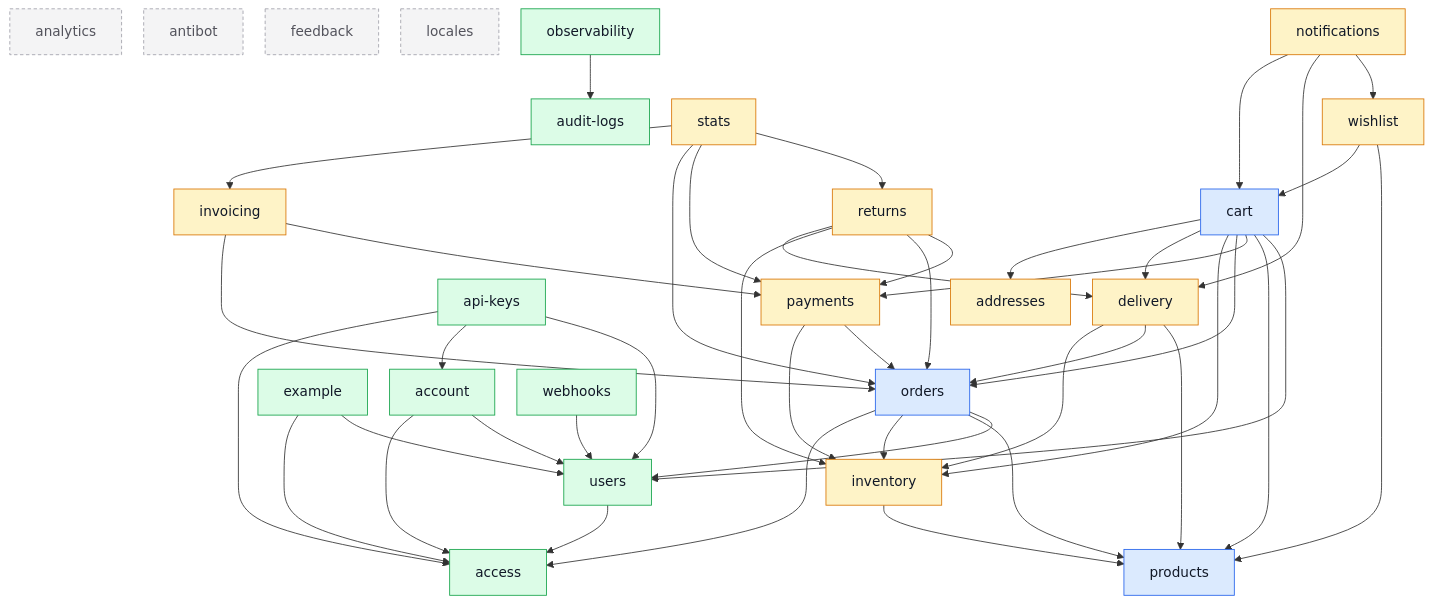
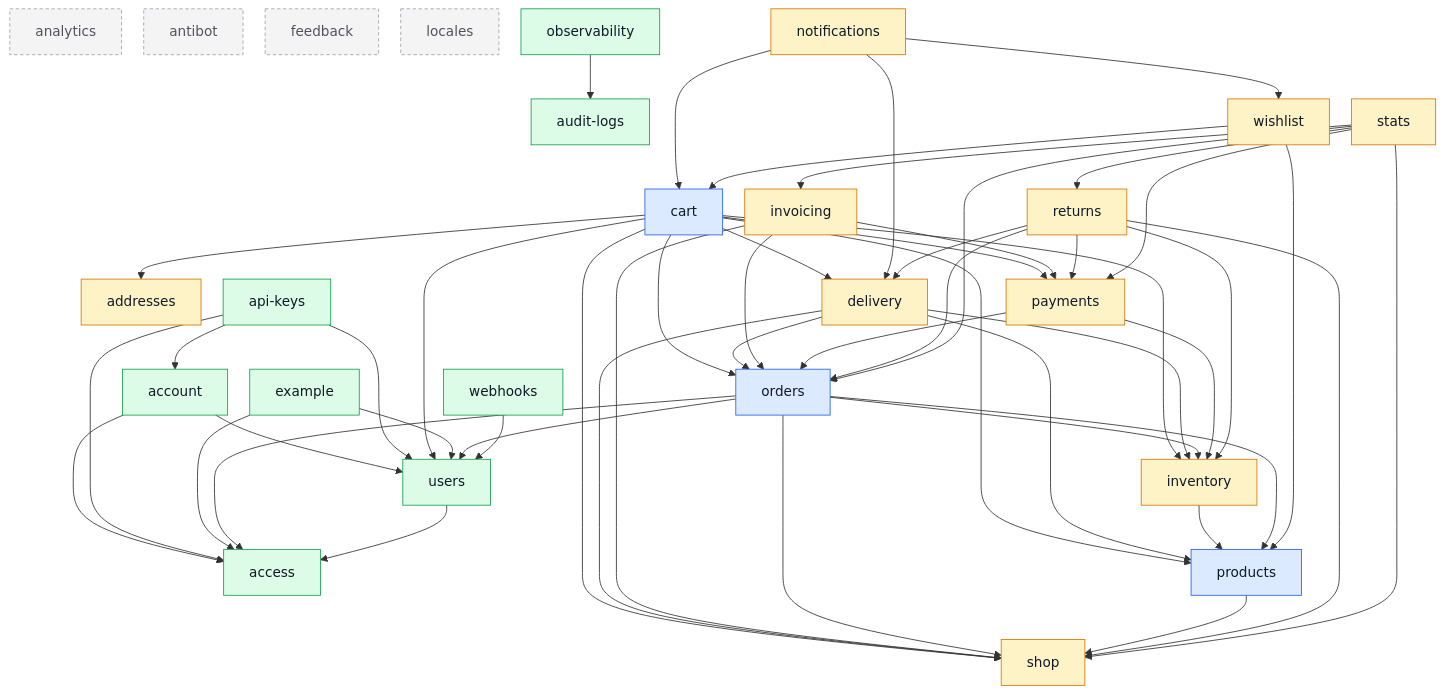
The diagram in docs/modules/index.md (Guebbit/boilerplate-node-backend), drawn with Mermaid before and after one commit. The commit also changed other lines of this file and 70 other files, not shown here.

````diff
--- a/docs/modules/index.md
+++ b/docs/modules/index.md
@@ -60,6 +60,7 @@
     payments
     products
     returns
+    shop
     stats
     users
     webhooks
@@ -76,15 +77,18 @@
     cart --> orders
     cart --> payments
     cart --> products
+    cart --> shop
     cart --> users
     delivery --> inventory
     delivery --> orders
     delivery --> products
+    delivery --> shop
     example --> access
     example --> users
     inventory --> products
     invoicing --> orders
     invoicing --> payments
+    invoicing --> shop
     notifications --> cart
     notifications --> delivery
     notifications --> wishlist
@@ -92,17 +96,21 @@
     orders --> access
     orders --> inventory
     orders --> products
+    orders --> shop
     orders --> users
     payments --> inventory
     payments --> orders
+    products --> shop
     returns --> delivery
     returns --> inventory
     returns --> orders
     returns --> payments
+    returns --> shop
     stats --> invoicing
     stats --> orders
     stats --> payments
     stats --> returns
+    stats --> shop
     users --> access
     webhooks --> users
     wishlist --> cart
@@ -113,7 +121,7 @@
     classDef generic fill:#dcfce7,stroke:#16a34a,color:#111827;
     classDef isolated fill:#f4f4f5,stroke:#a1a1aa,color:#52525b,stroke-dasharray:4 3;
     class cart,orders,products core;
-    class addresses,delivery,inventory,invoicing,notifications,payments,returns,stats,wishlist supporting;
+    class addresses,delivery,inventory,invoicing,notifications,payments,returns,shop,stats,wishlist supporting;
     class access,account,api_keys,audit_logs,example,observability,users,webhooks generic;
     class analytics,antibot,feedback,locales isolated;
 ```
````
